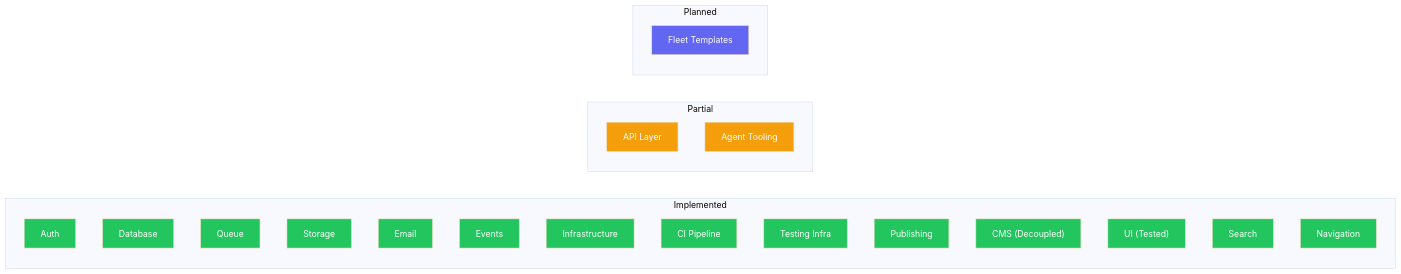
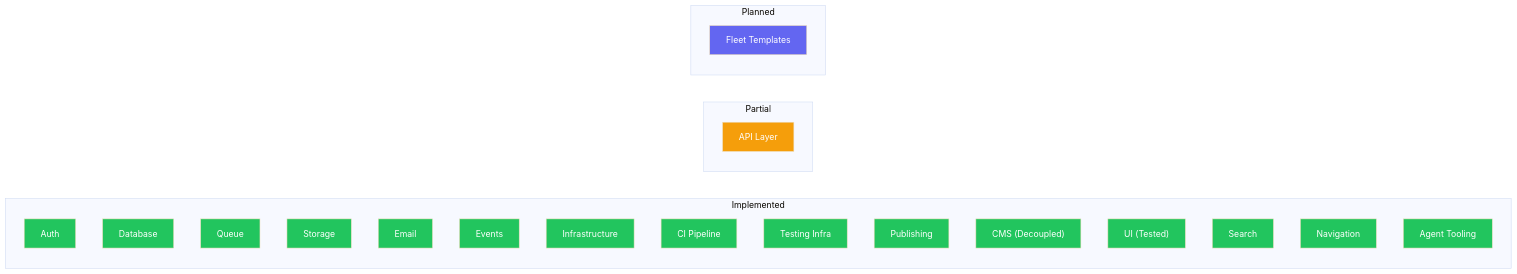
The first of 6 diagrams in docs/product-roadmap/README.md (jbejenar/ripple-next), drawn with Mermaid (base theme) before and after one commit. The commit also changed other lines of this file and 11 other files, not shown here.

````diff
--- a/docs/product-roadmap/README.md
+++ b/docs/product-roadmap/README.md
@@ -75,44 +75,44 @@
 ```mermaid
 graph LR
     subgraph Implemented
         AUTH[Auth]
         DB[Database]
         QUEUE[Queue]
         STORAGE[Storage]
         EMAIL[Email]
         EVENTS[Events]
         INFRA[Infrastructure]
         CI[CI Pipeline]
         TEST[Testing Infra]
         PUB[Publishing]
         CMS["CMS (Decoupled)"]
         UI["UI (Tested)"]
         SEARCH[Search]
         NAV[Navigation]
+        AGENT_DX[Agent Tooling]
     end
     subgraph Partial
         API[API Layer]
-        AGENT_DX[Agent Tooling]
     end
     subgraph Planned
         FLEET[Fleet Templates]
     end
 
     style AUTH fill:#22c55e,color:#fff
     style DB fill:#22c55e,color:#fff
     style QUEUE fill:#22c55e,color:#fff
     style STORAGE fill:#22c55e,color:#fff
     style EMAIL fill:#22c55e,color:#fff
     style EVENTS fill:#22c55e,color:#fff
     style INFRA fill:#22c55e,color:#fff
     style CI fill:#22c55e,color:#fff
     style TEST fill:#22c55e,color:#fff
     style PUB fill:#22c55e,color:#fff
     style CMS fill:#22c55e,color:#fff
     style UI fill:#22c55e,color:#fff
     style SEARCH fill:#22c55e,color:#fff
     style NAV fill:#22c55e,color:#fff
     style API fill:#f59e0b,color:#fff
     style FLEET fill:#6366f1,color:#fff
-    style AGENT_DX fill:#f59e0b,color:#fff
+    style AGENT_DX fill:#22c55e,color:#fff
 ```
````
